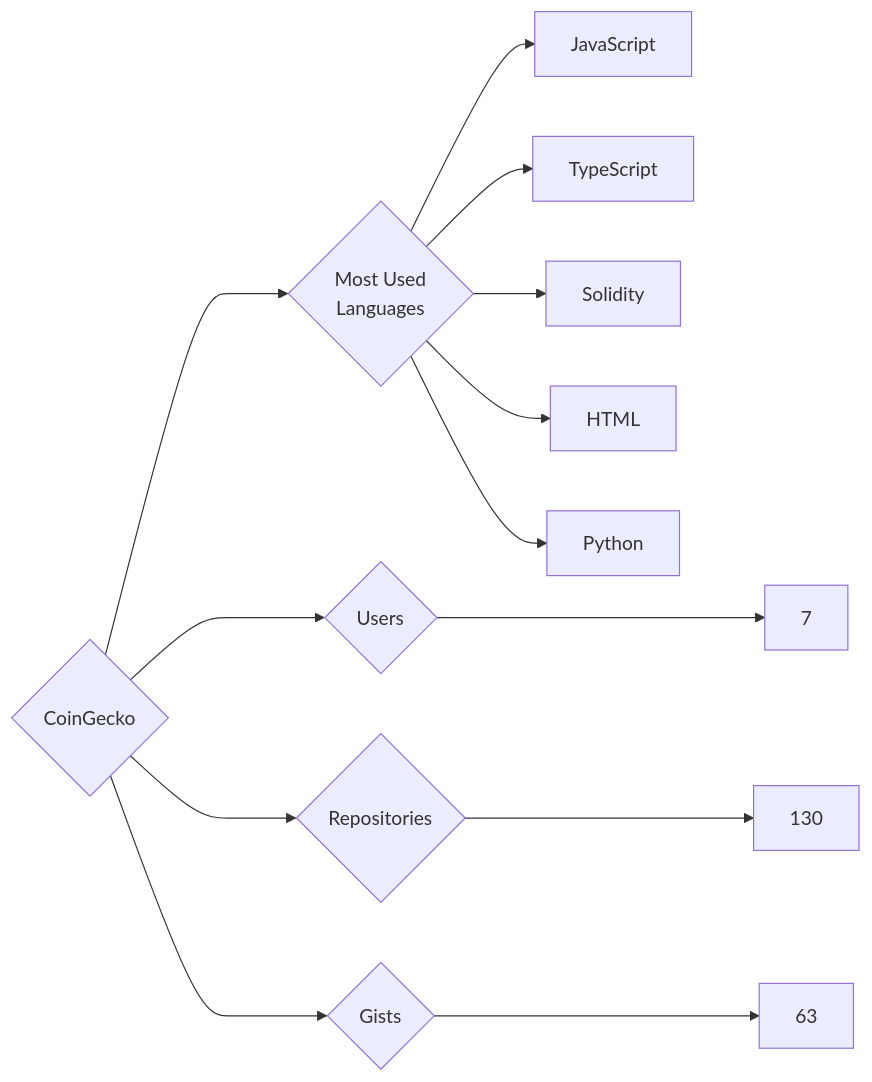
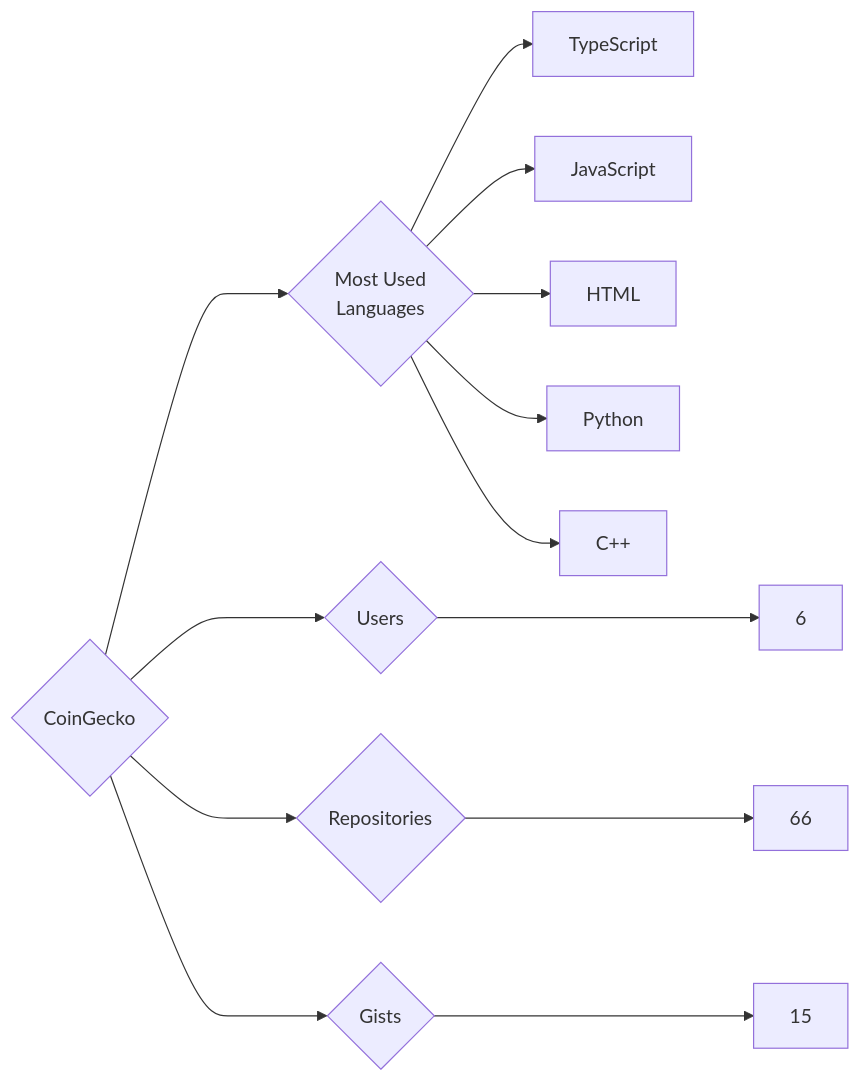
Before and after one commit to trickest/insiders: the diagram in targets/CoinGecko/README.md, drawn with Mermaid. The commit also changed 559 other files, not shown here.

````diff
--- a/targets/CoinGecko/README.md
+++ b/targets/CoinGecko/README.md
@@ -3,13 +3,13 @@
 ```mermaid
 graph LR
 COMPANY_NAME{CoinGecko}
-COMPANY_NAME ---> U{Users} ---> UN[7]
-COMPANY_NAME ---> R{Repositories} ---> RN[130]
-COMPANY_NAME ---> G{Gists} ---> GN[63]
+COMPANY_NAME ---> U{Users} ---> UN[6]
+COMPANY_NAME ---> R{Repositories} ---> RN[66]
+COMPANY_NAME ---> G{Gists} ---> GN[15]
 COMPANY_NAME ---> ML{Most Used<br>Languages}
+ML --> TypeScript[TypeScript]
 ML --> JavaScript[JavaScript]
-ML --> TypeScript[TypeScript]
-ML --> Solidity[Solidity]
 ML --> HTML[HTML]
 ML --> Python[Python]
+ML --> C++[C++]
 ```
````
